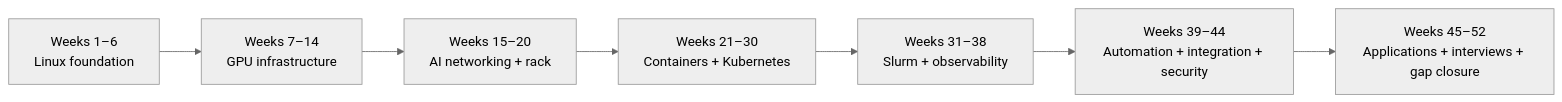
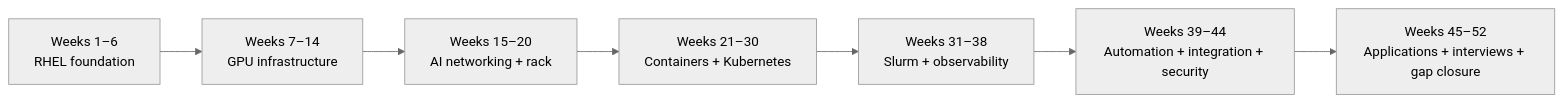
The first of 3 diagrams in roadmap/visual-roadmap.md (finknc01/Learning-Plan), drawn with Mermaid (neutral theme) before and after one commit. The commit also changed other lines of this file, not shown here.

Commit message:
Align visual roadmap with RHEL-only foundation

````diff
--- a/roadmap/visual-roadmap.md
+++ b/roadmap/visual-roadmap.md
@@ -7,9 +7,9 @@
 ```mermaid
 flowchart LR
-    P1[Weeks 1–6<br/>Linux foundation] --> P2[Weeks 7–14<br/>GPU infrastructure]
+    P1[Weeks 1–6<br/>RHEL foundation] --> P2[Weeks 7–14<br/>GPU infrastructure]
     P2 --> P3[Weeks 15–20<br/>AI networking + rack]
     P3 --> P4[Weeks 21–30<br/>Containers + Kubernetes]
     P4 --> P5[Weeks 31–38<br/>Slurm + observability]
     P5 --> P6[Weeks 39–44<br/>Automation + integration + security]
     P6 --> P7[Weeks 45–52<br/>Applications + interviews + gap closure]
 ```
````
